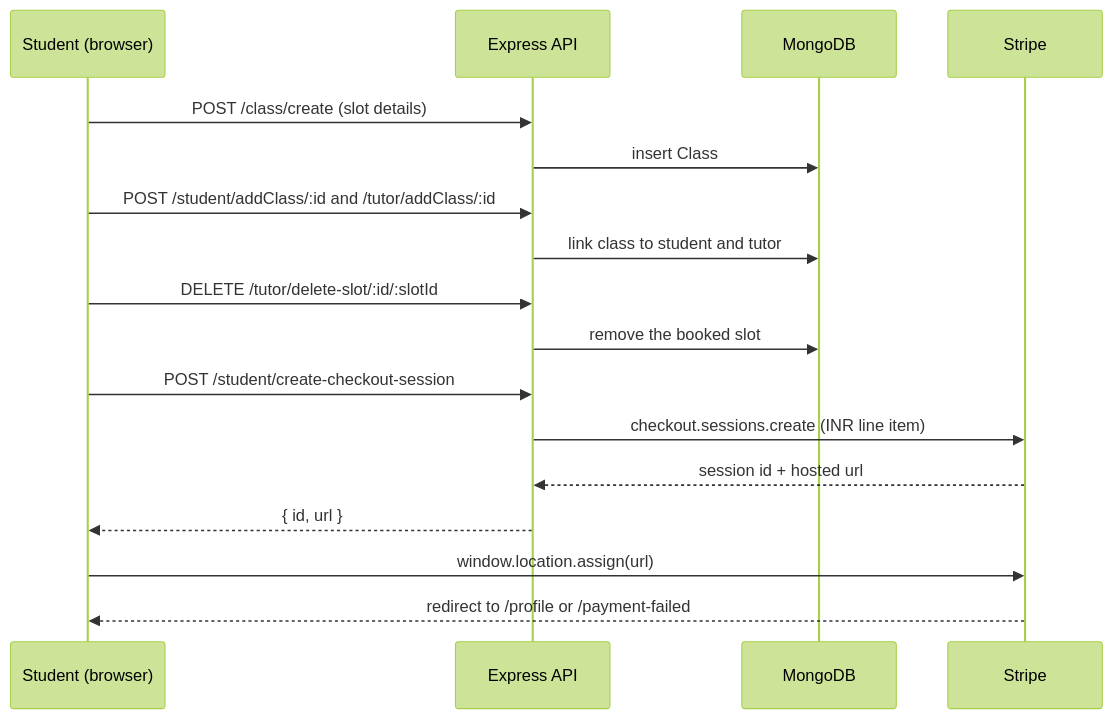
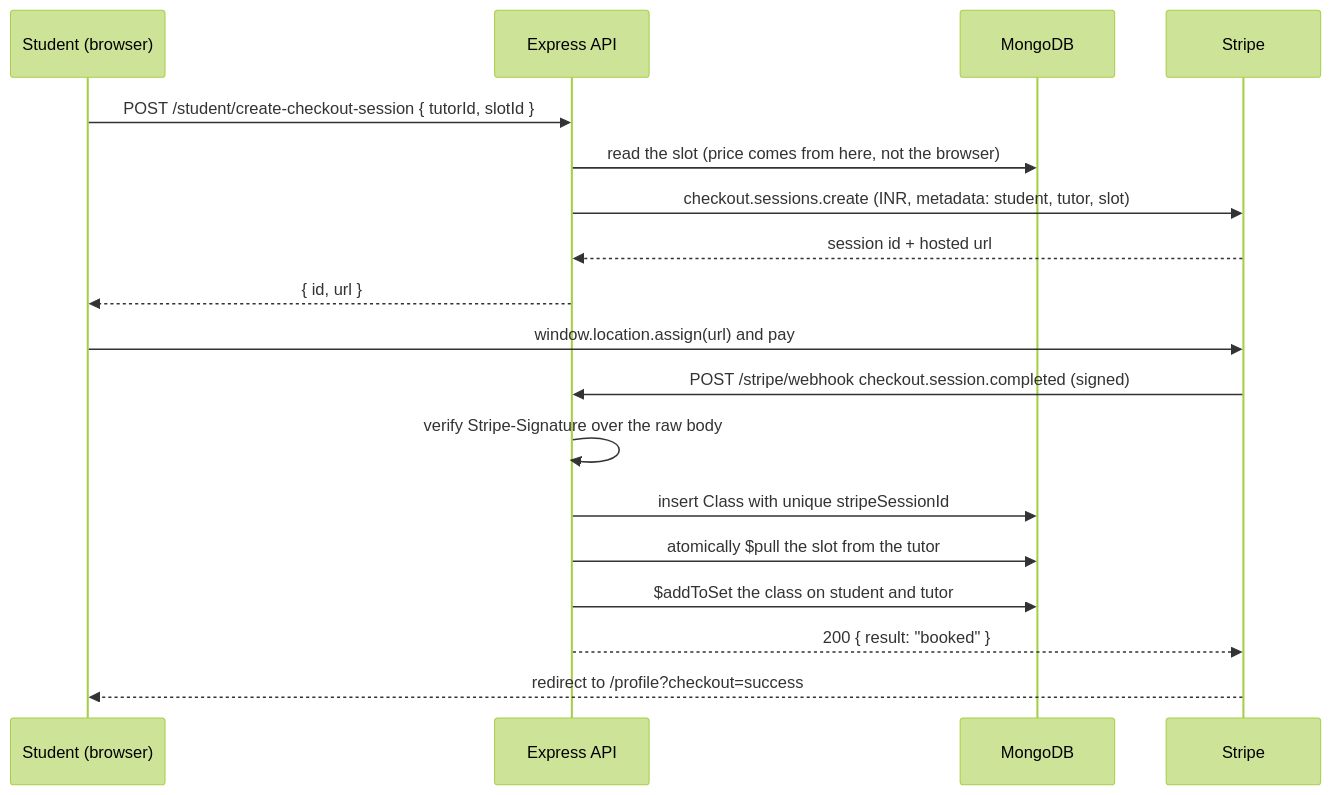
One commit to Sagargupta16/Lingua-Connect changed the second of 2 diagrams in README.md. Above: the diagram before and after it, drawn with Mermaid (forest theme). The commit also changed other lines of this file and 83 other files, not shown here.

````diff
--- a/README.md
+++ b/README.md
@@ -79,20 +107,21 @@
 ```mermaid
 sequenceDiagram
     participant S as Student (browser)
     participant A as Express API
     participant M as MongoDB
     participant P as Stripe
 
-    S->>A: POST /class/create (slot details)
-    A->>M: insert Class
-    S->>A: POST /student/addClass/:id and /tutor/addClass/:id
-    A->>M: link class to student and tutor
-    S->>A: DELETE /tutor/delete-slot/:id/:slotId
-    A->>M: remove the booked slot
-    S->>A: POST /student/create-checkout-session
-    A->>P: checkout.sessions.create (INR line item)
+    S->>A: POST /student/create-checkout-session { tutorId, slotId }
+    A->>M: read the slot (price comes from here, not the browser)
+    A->>P: checkout.sessions.create (INR, metadata: student, tutor, slot)
     P-->>A: session id + hosted url
     A-->>S: { id, url }
-    S->>P: window.location.assign(url)
-    P-->>S: redirect to /profile or /payment-failed
+    S->>P: window.location.assign(url) and pay
+    P->>A: POST /stripe/webhook checkout.session.completed (signed)
+    A->>A: verify Stripe-Signature over the raw body
+    A->>M: insert Class with unique stripeSessionId
+    A->>M: atomically $pull the slot from the tutor
+    A->>M: $addToSet the class on student and tutor
+    A-->>P: 200 { result: "booked" }
+    P-->>S: redirect to /profile?checkout=success
 ```
````
